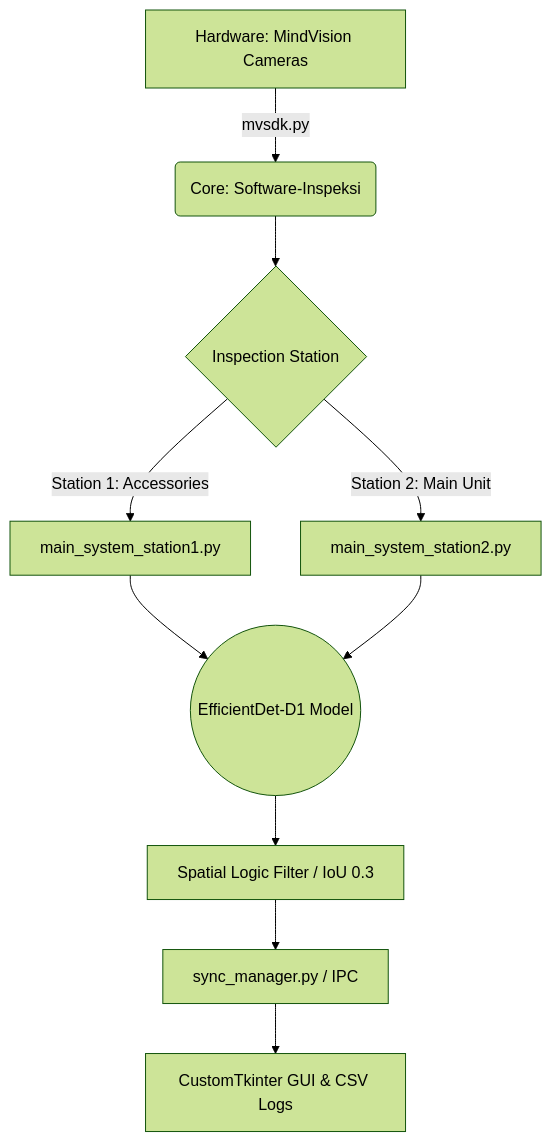
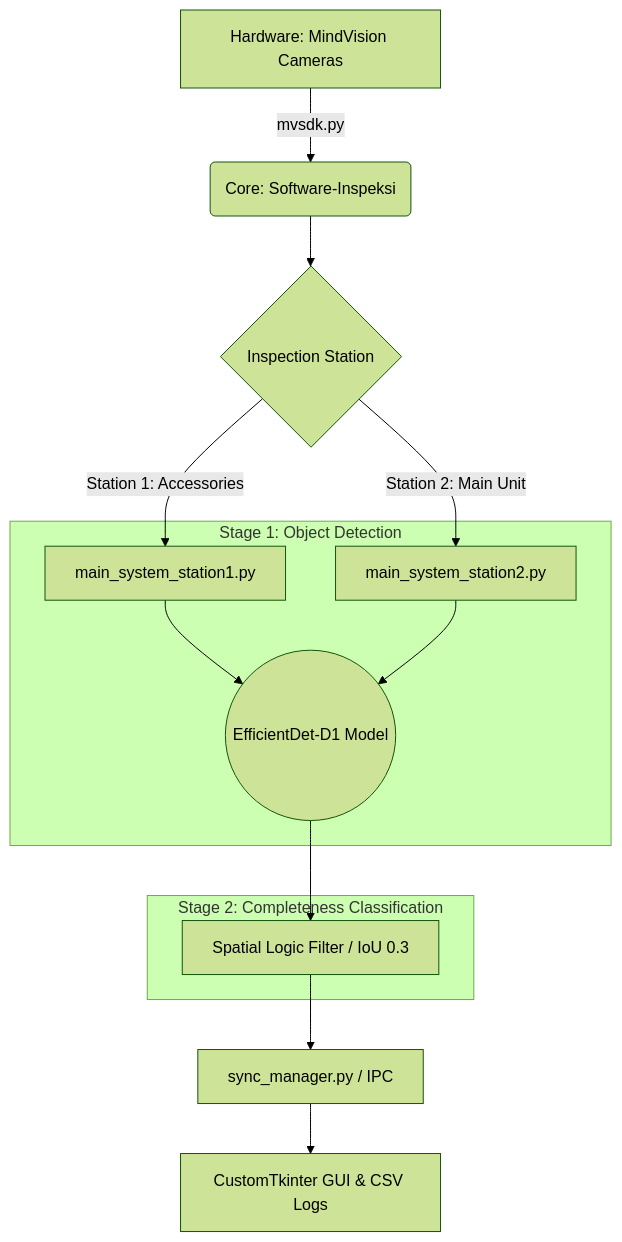
The diagram in README_en.md (Juhenfw/EfficientDet-sistem-inspeksi-visual-otomatis-mvsdk), drawn with Mermaid (forest theme) before and after one commit. The commit also changed other lines of this file and 3 other files, not shown here.

````diff
--- a/README_en.md
+++ b/README_en.md
@@ -26,11 +59,18 @@
 ```mermaid
 graph TD
     A[Hardware: MindVision Cameras] -->|mvsdk.py| B(Core: Software-Inspeksi)
     B --> C{Inspection Station}
     C -->|Station 1: Accessories| D[main_system_station1.py]
     C -->|Station 2: Main Unit| E[main_system_station2.py]
+    
+    subgraph Stage 1: Object Detection
     D & E --> F((EfficientDet-D1 Model))
+    end
+    
+    subgraph Stage 2: Completeness Classification
     F --> G[Spatial Logic Filter / IoU 0.3]
+    end
+    
     G --> H[sync_manager.py / IPC]
     H --> I[CustomTkinter GUI & CSV Logs]
 ```
````
